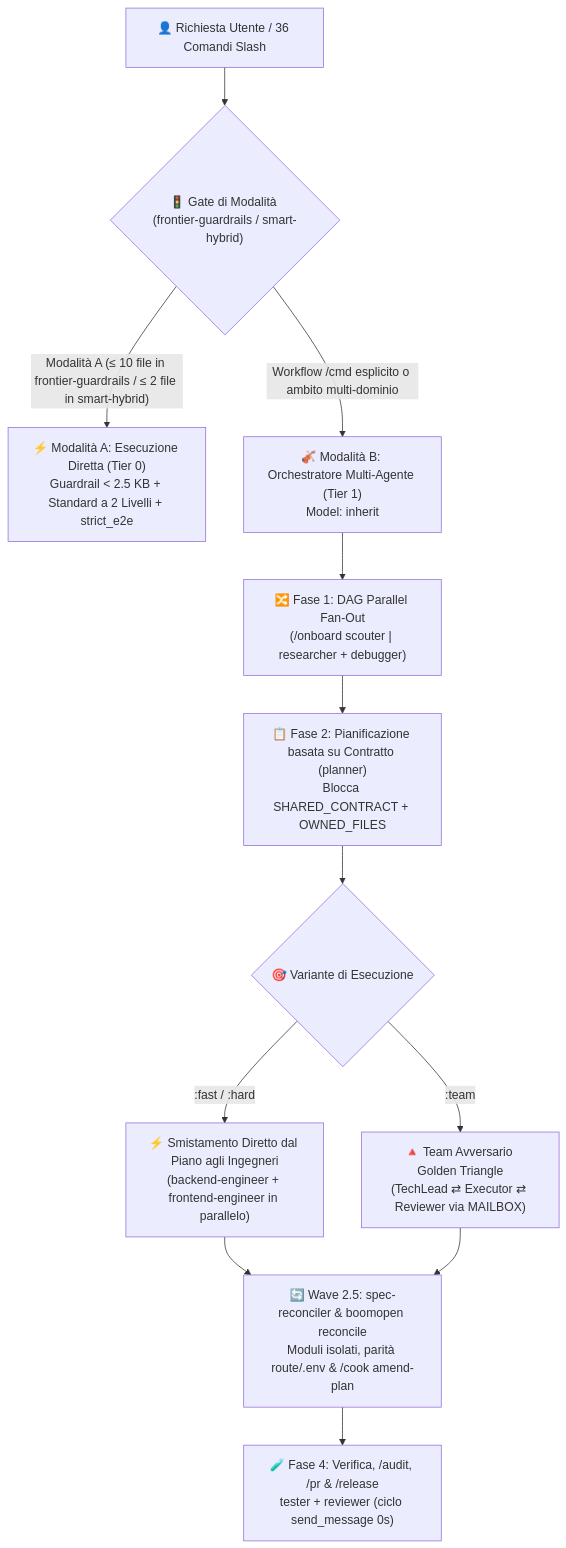
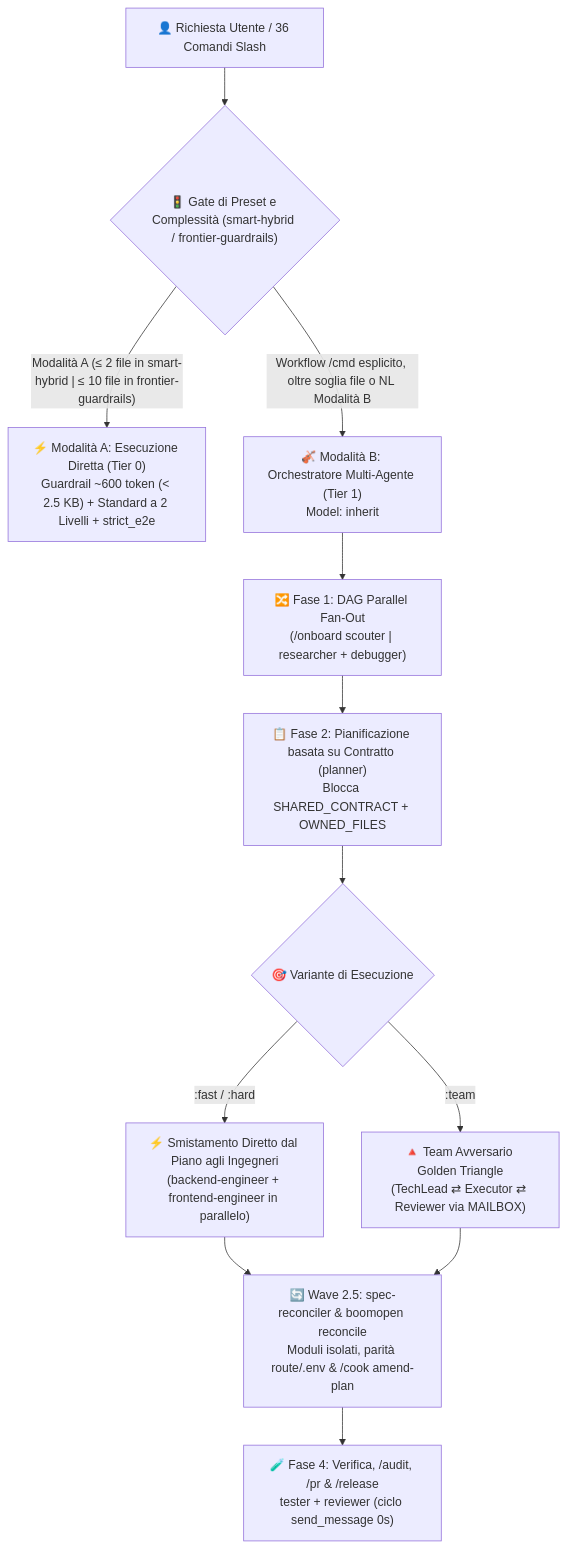
The diagram in i18n/README.it.md (Kennyboom/BoomOpen-Workflow-Kit-Pro), drawn with Mermaid before and after one commit. The commit also changed other lines of this file and 16 other files, not shown here.

Commit message:
docs(i18n,changelog): align all 16 localized READMEs and CHANGELOG to smart-hybrid default

````diff
--- a/i18n/README.it.md
+++ b/i18n/README.it.md
@@ -58,17 +59,17 @@
 ```mermaid
 flowchart TD
-    User["👤 Richiesta Utente / 36 Comandi Slash"] --> Gate{"🚦 Gate di Modalità (frontier-guardrails / smart-hybrid)"}
-    Gate -->|"Modalità A (≤ 10 file in frontier-guardrails / ≤ 2 file in smart-hybrid)"| ModeA["⚡ Modalità A: Esecuzione Diretta (Tier 0)<br/>Guardrail < 2.5 KB + Standard a 2 Livelli + strict_e2e"]
-    Gate -->|"Workflow /cmd esplicito o ambito multi-dominio"| ModeB["🎻 Modalità B: Orchestratore Multi-Agente (Tier 1)<br/>Model: inherit"]
+    User["👤 Richiesta Utente / 36 Comandi Slash"] --> Gate{"🚦 Gate di Preset e Complessità (smart-hybrid / frontier-guardrails)"}
+    Gate -->|"Modalità A (≤ 2 file in smart-hybrid | ≤ 10 file in frontier-guardrails)"| ModeA["⚡ Modalità A: Esecuzione Diretta (Tier 0)<br/>Guardrail ~600 token (< 2.5 KB) + Standard a 2 Livelli + strict_e2e"]
+    Gate -->|"Workflow /cmd esplicito, oltre soglia file o NL Modalità B"| ModeB["🎻 Modalità B: Orchestratore Multi-Agente (Tier 1)<br/>Model: inherit"]
 
     ModeB --> FanOut["🔀 Fase 1: DAG Parallel Fan-Out<br/>(/onboard scouter | researcher + debugger)"]
     FanOut --> Plan["📋 Fase 2: Pianificazione basata su Contratto (planner)<br/>Blocca SHARED_CONTRACT + OWNED_FILES"]
     Plan --> Dispatch{"🎯 Variante di Esecuzione"}
 
     Dispatch -->|":fast / :hard"| Direct["⚡ Smistamento Diretto dal Piano agli Ingegneri<br/>(backend-engineer + frontend-engineer in parallelo)"]
     Dispatch -->|":team"| Triangle["🔺 Team Avversario Golden Triangle<br/>(TechLead ⇄ Executor ⇄ Reviewer via MAILBOX)"]
 
     Direct --> Reconcile["🔄 Wave 2.5: spec-reconciler & boomopen reconcile<br/>Moduli isolati, parità route/.env & /cook amend-plan"]
     Triangle --> Reconcile
     Reconcile --> Verify["🧪 Fase 4: Verifica, /audit, /pr & /release<br/>tester + reviewer (ciclo send_message 0s)"]
 ```
````
